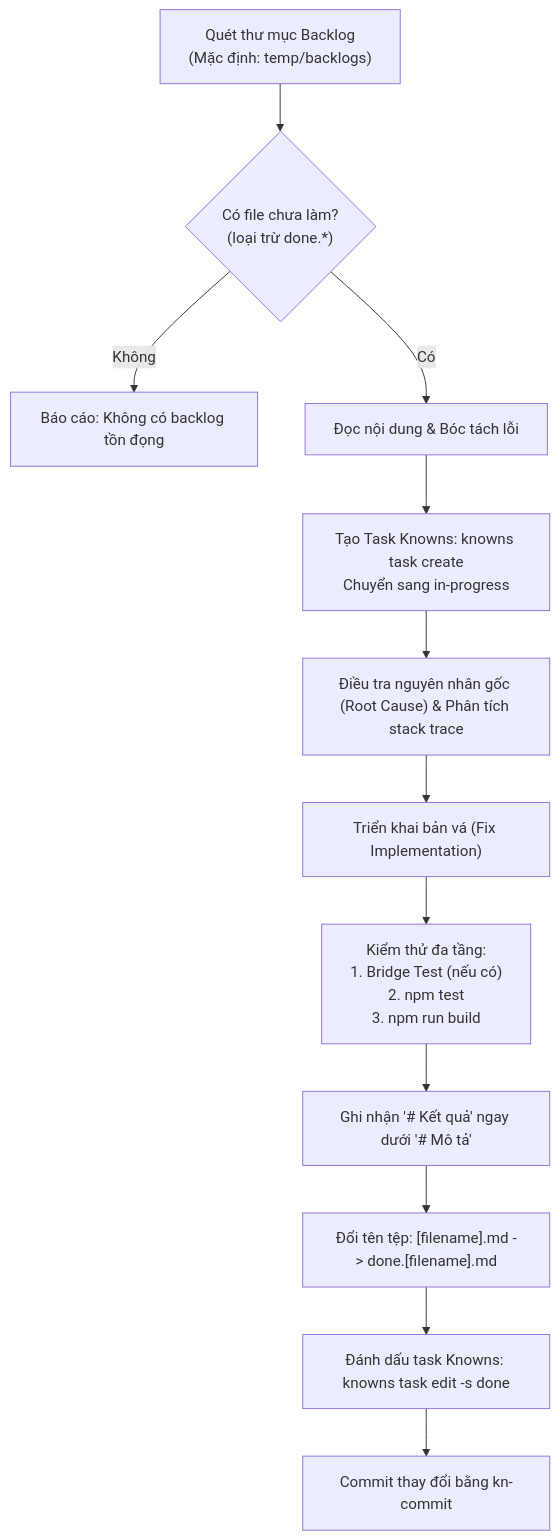
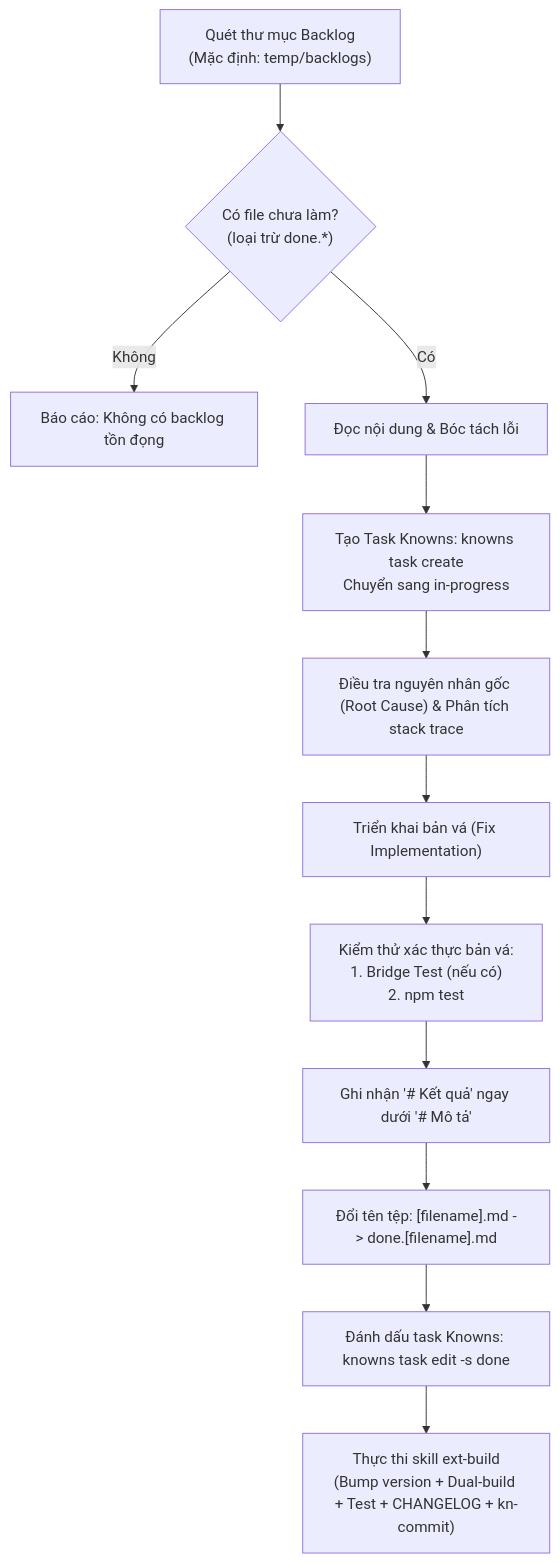
Before and after one commit to vplghost/VPL-HWA-Ext: the diagram in .agents/skills/ext-backlog/SKILL.md, drawn with Mermaid. The commit also changed other lines of this file and 4 other files, not shown here.

First line of the commit message:
chore(skills): delegate ext-backlog release step to ext-build

````diff
--- a/.agents/skills/ext-backlog/SKILL.md
+++ b/.agents/skills/ext-backlog/SKILL.md
@@ -10,16 +10,16 @@
 ```mermaid
 flowchart TD
     A["Quét thư mục Backlog<br/>(Mặc định: temp/backlogs)"] --> B{"Có file chưa làm?<br/>(loại trừ done.*)"}
     B -- "Không" --> C["Báo cáo: Không có backlog tồn đọng"]
     B -- "Có" --> D["Đọc nội dung & Bóc tách lỗi"]
     
     D --> E["Tạo Task Knowns: knowns task create<br/>Chuyển sang in-progress"]
     E --> F["Điều tra nguyên nhân gốc (Root Cause) & Phân tích stack trace"]
     F --> G["Triển khai bản vá (Fix Implementation)"]
-    G --> H["Kiểm thử đa tầng:<br/>1. Bridge Test (nếu có)<br/>2. npm test<br/>3. npm run build"]
+    G --> H["Kiểm thử xác thực bản vá:<br/>1. Bridge Test (nếu có)<br/>2. npm test"]
     
     H --> I["Ghi nhận '# Kết quả' ngay dưới '# Mô tả'"]
     I --> J["Đổi tên tệp: [filename].md -> done.[filename].md"]
     J --> K["Đánh dấu task Knowns: knowns task edit -s done"]
-    K --> L["Commit thay đổi bằng kn-commit"]
+    K --> L["Thực thi skill ext-build<br/>(Bump version + Dual-build + Test + CHANGELOG + kn-commit)"]
 ```
````
